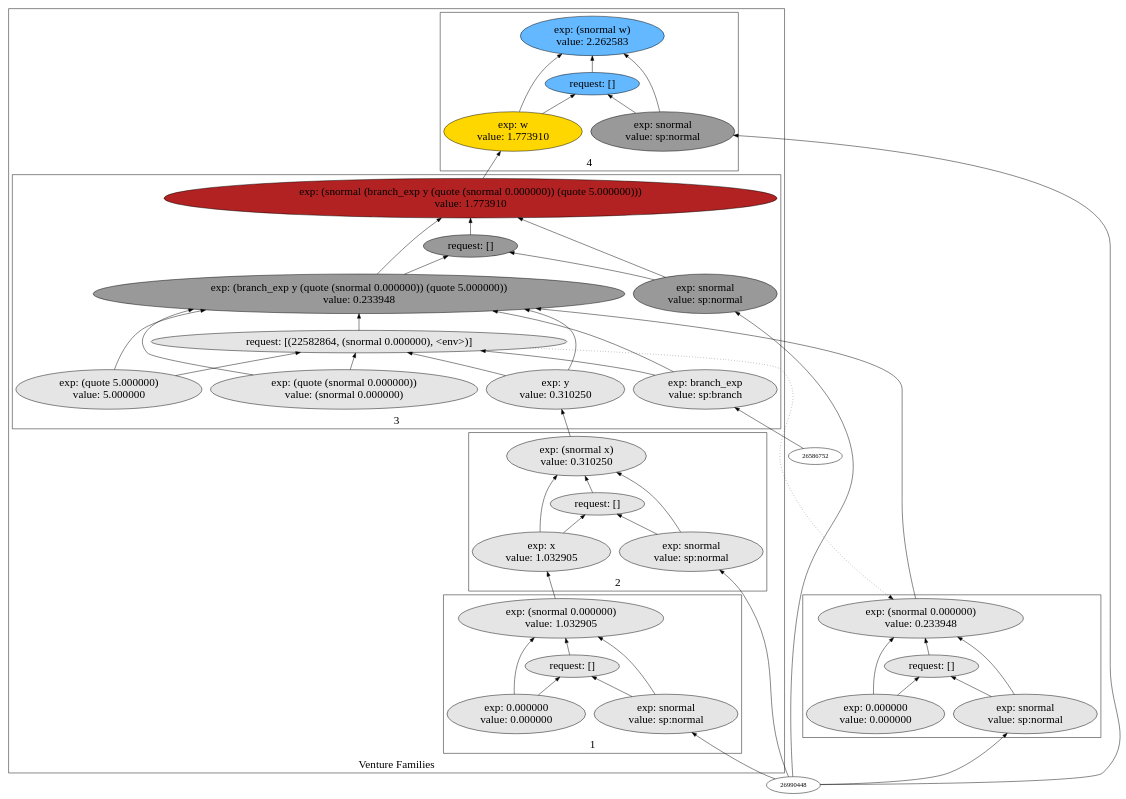
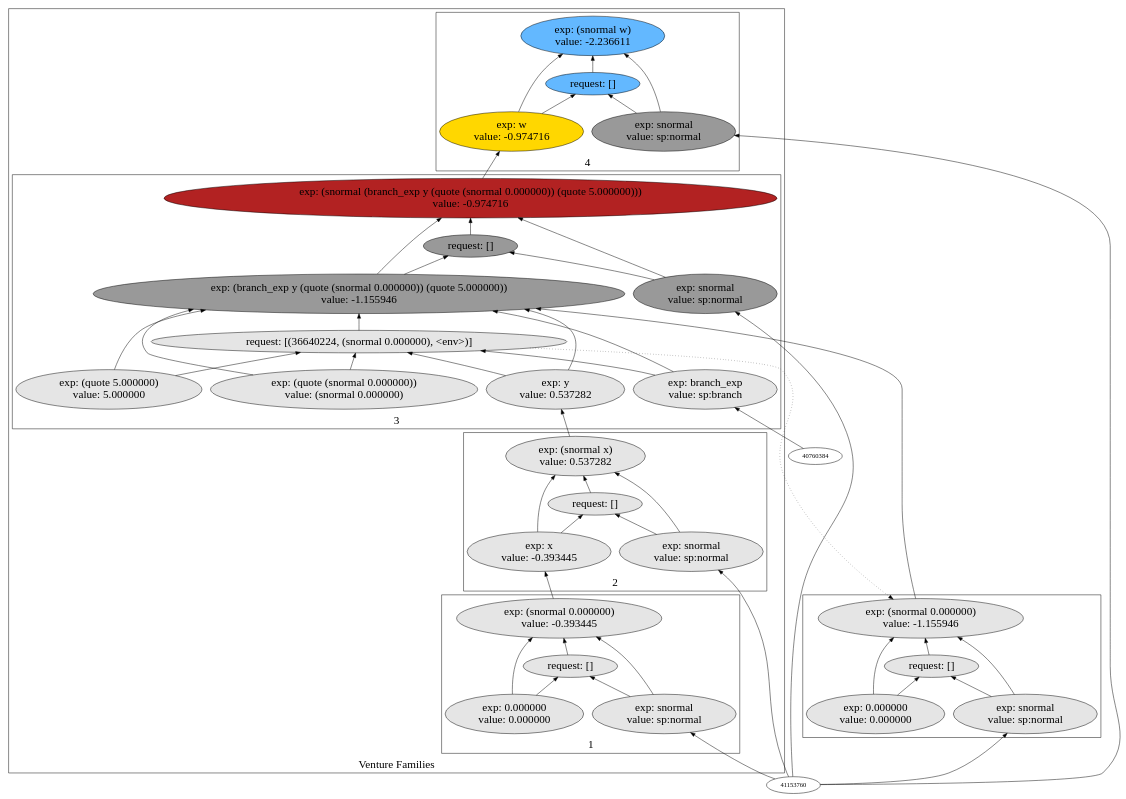
Before and after one commit to probcomp/Venturecxx: the diagram in backend/cxx/graphs/partition/dot9.dot, drawn with Graphviz. The commit also changed 326 other files, not shown here.

Commit message:
Added several draft schematics

```diff
--- a/backend/cxx/graphs/partition/dot9.dot
+++ b/backend/cxx/graphs/partition/dot9.dot
@@ -5,95 +5,95 @@
 label="Venture Families"
 subgraph cluster2 {
 label="1"
-"21616208"["fillcolor"="grey90" "fontsize"="24" "label"="exp: (snormal 0.000000)\nvalue: 1.032905" "shape"="ellipse" "style"="filled" ]
-"20391696"["fillcolor"="grey90" "fontsize"="24" "label"="request: []" "shape"="ellipse" "style"="filled" ]
-"19076864"["fillcolor"="grey90" "fontsize"="24" "label"="exp: snormal\nvalue: sp:normal" "shape"="ellipse" "style"="filled" ]
-"28719440"["fillcolor"="grey90" "fontsize"="24" "label"="exp: 0.000000\nvalue: 0.000000" "shape"="ellipse" "style"="filled" ]
+"37726128"["fillcolor"="grey90" "fontsize"="24" "label"="exp: (snormal 0.000000)\nvalue: -0.393445" "shape"="ellipse" "style"="filled" ]
+"42212608"["fillcolor"="grey90" "fontsize"="24" "label"="request: []" "shape"="ellipse" "style"="filled" ]
+"36870592"["fillcolor"="grey90" "fontsize"="24" "label"="exp: snormal\nvalue: sp:normal" "shape"="ellipse" "style"="filled" ]
+"33142112"["fillcolor"="grey90" "fontsize"="24" "label"="exp: 0.000000\nvalue: 0.000000" "shape"="ellipse" "style"="filled" ]
 }
 
 subgraph cluster3 {
 label="2"
-"23610064"["fillcolor"="grey90" "fontsize"="24" "label"="exp: (snormal x)\nvalue: 0.310250" "shape"="ellipse" "style"="filled" ]
-"24940288"["fillcolor"="grey90" "fontsize"="24" "label"="request: []" "shape"="ellipse" "style"="filled" ]
-"25014224"["fillcolor"="grey90" "fontsize"="24" "label"="exp: snormal\nvalue: sp:normal" "shape"="ellipse" "style"="filled" ]
-"24988336"["fillcolor"="grey90" "fontsize"="24" "label"="exp: x\nvalue: 1.032905" "shape"="ellipse" "style"="filled" ]
+"37254784"["fillcolor"="grey90" "fontsize"="24" "label"="exp: (snormal x)\nvalue: 0.537282" "shape"="ellipse" "style"="filled" ]
+"37154352"["fillcolor"="grey90" "fontsize"="24" "label"="request: []" "shape"="ellipse" "style"="filled" ]
+"35549456"["fillcolor"="grey90" "fontsize"="24" "label"="exp: snormal\nvalue: sp:normal" "shape"="ellipse" "style"="filled" ]
+"37179568"["fillcolor"="grey90" "fontsize"="24" "label"="exp: x\nvalue: -0.393445" "shape"="ellipse" "style"="filled" ]
 }
 
 subgraph cluster4 {
 label="3"
-"23304768"["fillcolor"="firebrick" "fontsize"="24" "label"="exp: (snormal (branch_exp y (quote (snormal 0.000000)) (quote 5.000000)))\nvalue: 1.773910" "shape"="ellipse" "style"="filled" ]
-"24625888"["fillcolor"="grey60" "fontsize"="24" "label"="request: []" "shape"="ellipse" "style"="filled" ]
-"23710592"["fillcolor"="grey60" "fontsize"="24" "label"="exp: snormal\nvalue: sp:normal" "shape"="ellipse" "style"="filled" ]
-"24939776"["fillcolor"="grey60" "fontsize"="24" "label"="exp: (branch_exp y (quote (snormal 0.000000)) (quote 5.000000))\nvalue: 0.233948" "shape"="ellipse" "style"="filled" ]
-"22582864"["fillcolor"="grey90" "fontsize"="24" "label"="request: [(22582864, (snormal 0.000000), <env>)]" "shape"="ellipse" "style"="filled" ]
-"21801008"["fillcolor"="grey90" "fontsize"="24" "label"="exp: branch_exp\nvalue: sp:branch" "shape"="ellipse" "style"="filled" ]
-"21571136"["fillcolor"="grey90" "fontsize"="24" "label"="exp: y\nvalue: 0.310250" "shape"="ellipse" "style"="filled" ]
-"22579328"["fillcolor"="grey90" "fontsize"="24" "label"="exp: (quote (snormal 0.000000))\nvalue: (snormal 0.000000)" "shape"="ellipse" "style"="filled" ]
-"22672608"["fillcolor"="grey90" "fontsize"="24" "label"="exp: (quote 5.000000)\nvalue: 5.000000" "shape"="ellipse" "style"="filled" ]
+"34848512"["fillcolor"="firebrick" "fontsize"="24" "label"="exp: (snormal (branch_exp y (quote (snormal 0.000000)) (quote 5.000000)))\nvalue: -0.974716" "shape"="ellipse" "style"="filled" ]
+"36839072"["fillcolor"="grey60" "fontsize"="24" "label"="request: []" "shape"="ellipse" "style"="filled" ]
+"36129440"["fillcolor"="grey60" "fontsize"="24" "label"="exp: snormal\nvalue: sp:normal" "shape"="ellipse" "style"="filled" ]
+"36593296"["fillcolor"="grey60" "fontsize"="24" "label"="exp: (branch_exp y (quote (snormal 0.000000)) (quote 5.000000))\nvalue: -1.155946" "shape"="ellipse" "style"="filled" ]
+"36640224"["fillcolor"="grey90" "fontsize"="24" "label"="request: [(36640224, (snormal 0.000000), <env>)]" "shape"="ellipse" "style"="filled" ]
+"34747040"["fillcolor"="grey90" "fontsize"="24" "label"="exp: branch_exp\nvalue: sp:branch" "shape"="ellipse" "style"="filled" ]
+"36243120"["fillcolor"="grey90" "fontsize"="24" "label"="exp: y\nvalue: 0.537282" "shape"="ellipse" "style"="filled" ]
+"35112672"["fillcolor"="grey90" "fontsize"="24" "label"="exp: (quote (snormal 0.000000))\nvalue: (snormal 0.000000)" "shape"="ellipse" "style"="filled" ]
+"35588656"["fillcolor"="grey90" "fontsize"="24" "label"="exp: (quote 5.000000)\nvalue: 5.000000" "shape"="ellipse" "style"="filled" ]
 }
 
 subgraph cluster5 {
 label="4"
-"26590768"["fillcolor"="steelblue1" "fontsize"="24" "label"="exp: (snormal w)\nvalue: 2.262583" "shape"="ellipse" "style"="filled" ]
-"21600256"["fillcolor"="steelblue1" "fontsize"="24" "label"="request: []" "shape"="ellipse" "style"="filled" ]
-"24603856"["fillcolor"="grey60" "fontsize"="24" "label"="exp: snormal\nvalue: sp:normal" "shape"="ellipse" "style"="filled" ]
-"21586576"["fillcolor"="gold" "fontsize"="24" "label"="exp: w\nvalue: 1.773910" "shape"="ellipse" "style"="filled" ]
+"36828112"["fillcolor"="steelblue1" "fontsize"="24" "label"="exp: (snormal w)\nvalue: -2.236611" "shape"="ellipse" "style"="filled" ]
+"41282896"["fillcolor"="steelblue1" "fontsize"="24" "label"="request: []" "shape"="ellipse" "style"="filled" ]
+"35141008"["fillcolor"="grey60" "fontsize"="24" "label"="exp: snormal\nvalue: sp:normal" "shape"="ellipse" "style"="filled" ]
+"35315600"["fillcolor"="gold" "fontsize"="24" "label"="exp: w\nvalue: -0.974716" "shape"="ellipse" "style"="filled" ]
 }
 
 }
 
 subgraph cluster6 {
 label=""
-"21574256"["fillcolor"="grey90" "fontsize"="24" "label"="exp: (snormal 0.000000)\nvalue: 0.233948" "shape"="ellipse" "style"="filled" ]
-"21608528"["fillcolor"="grey90" "fontsize"="24" "label"="request: []" "shape"="ellipse" "style"="filled" ]
-"21564608"["fillcolor"="grey90" "fontsize"="24" "label"="exp: snormal\nvalue: sp:normal" "shape"="ellipse" "style"="filled" ]
-"27074384"["fillcolor"="grey90" "fontsize"="24" "label"="exp: 0.000000\nvalue: 0.000000" "shape"="ellipse" "style"="filled" ]
+"35342768"["fillcolor"="grey90" "fontsize"="24" "label"="exp: (snormal 0.000000)\nvalue: -1.155946" "shape"="ellipse" "style"="filled" ]
+"35128112"["fillcolor"="grey90" "fontsize"="24" "label"="request: []" "shape"="ellipse" "style"="filled" ]
+"34675744"["fillcolor"="grey90" "fontsize"="24" "label"="exp: snormal\nvalue: sp:normal" "shape"="ellipse" "style"="filled" ]
+"37170512"["fillcolor"="grey90" "fontsize"="24" "label"="exp: 0.000000\nvalue: 0.000000" "shape"="ellipse" "style"="filled" ]
 }
 
-"21564608" -> "21574256"["arrowhead"="normal" "color"="black" "constraint"="true" "style"="solid" ]
-"21564608" -> "21608528"["arrowhead"="normal" "color"="black" "constraint"="true" "style"="solid" ]
-"26990448" -> "21564608"["arrowhead"="normal" "color"="black" "constraint"="true" "style"="solid" ]
-"27074384" -> "21574256"["arrowhead"="normal" "color"="black" "constraint"="true" "style"="solid" ]
-"27074384" -> "21608528"["arrowhead"="normal" "color"="black" "constraint"="true" "style"="solid" ]
-"21608528" -> "21574256"["arrowhead"="normal" "color"="black" "constraint"="true" "style"="solid" ]
-"19076864" -> "21616208"["arrowhead"="normal" "color"="black" "constraint"="true" "style"="solid" ]
-"19076864" -> "20391696"["arrowhead"="normal" "color"="black" "constraint"="true" "style"="solid" ]
-"26990448" -> "19076864"["arrowhead"="normal" "color"="black" "constraint"="true" "style"="solid" ]
-"28719440" -> "21616208"["arrowhead"="normal" "color"="black" "constraint"="true" "style"="solid" ]
-"28719440" -> "20391696"["arrowhead"="normal" "color"="black" "constraint"="true" "style"="solid" ]
-"20391696" -> "21616208"["arrowhead"="normal" "color"="black" "constraint"="true" "style"="solid" ]
-"23710592" -> "23304768"["arrowhead"="normal" "color"="black" "constraint"="true" "style"="solid" ]
-"23710592" -> "24625888"["arrowhead"="normal" "color"="black" "constraint"="true" "style"="solid" ]
-"26990448" -> "23710592"["arrowhead"="normal" "color"="black" "constraint"="true" "style"="solid" ]
-"24939776" -> "23304768"["arrowhead"="normal" "color"="black" "constraint"="true" "style"="solid" ]
-"24939776" -> "24625888"["arrowhead"="normal" "color"="black" "constraint"="true" "style"="solid" ]
-"21801008" -> "24939776"["arrowhead"="normal" "color"="black" "constraint"="true" "style"="solid" ]
-"21801008" -> "22582864"["arrowhead"="normal" "color"="black" "constraint"="true" "style"="solid" ]
-"26586752" -> "21801008"["arrowhead"="normal" "color"="black" "constraint"="true" "style"="solid" ]
-"21571136" -> "24939776"["arrowhead"="normal" "color"="black" "constraint"="true" "style"="solid" ]
-"21571136" -> "22582864"["arrowhead"="normal" "color"="black" "constraint"="true" "style"="solid" ]
-"23610064" -> "21571136"["arrowhead"="normal" "color"="black" "constraint"="true" "style"="solid" ]
-"22579328" -> "24939776"["arrowhead"="normal" "color"="black" "constraint"="true" "style"="solid" ]
-"22579328" -> "22582864"["arrowhead"="normal" "color"="black" "constraint"="true" "style"="solid" ]
-"22672608" -> "24939776"["arrowhead"="normal" "color"="black" "constraint"="true" "style"="solid" ]
-"22672608" -> "22582864"["arrowhead"="normal" "color"="black" "constraint"="true" "style"="solid" ]
-"22582864" -> "24939776"["arrowhead"="normal" "color"="black" "constraint"="true" "style"="solid" ]
-"21574256" -> "24939776"["arrowhead"="normal" "color"="black" "constraint"="true" "style"="solid" ]
-"22582864" -> "21574256"["arrowhead"="normal" "color"="black" "constraint"="false" "style"="dotted" ]
-"24625888" -> "23304768"["arrowhead"="normal" "color"="black" "constraint"="true" "style"="solid" ]
-"25014224" -> "23610064"["arrowhead"="normal" "color"="black" "constraint"="true" "style"="solid" ]
-"25014224" -> "24940288"["arrowhead"="normal" "color"="black" "constraint"="true" "style"="solid" ]
-"26990448" -> "25014224"["arrowhead"="normal" "color"="black" "constraint"="true" "style"="solid" ]
-"24988336" -> "23610064"["arrowhead"="normal" "color"="black" "constraint"="true" "style"="solid" ]
-"24988336" -> "24940288"["arrowhead"="normal" "color"="black" "constraint"="true" "style"="solid" ]
-"21616208" -> "24988336"["arrowhead"="normal" "color"="black" "constraint"="true" "style"="solid" ]
-"24940288" -> "23610064"["arrowhead"="normal" "color"="black" "constraint"="true" "style"="solid" ]
-"24603856" -> "26590768"["arrowhead"="normal" "color"="black" "constraint"="true" "style"="solid" ]
-"24603856" -> "21600256"["arrowhead"="normal" "color"="black" "constraint"="true" "style"="solid" ]
-"26990448" -> "24603856"["arrowhead"="normal" "color"="black" "constraint"="true" "style"="solid" ]
-"21586576" -> "26590768"["arrowhead"="normal" "color"="black" "constraint"="true" "style"="solid" ]
-"21586576" -> "21600256"["arrowhead"="normal" "color"="black" "constraint"="true" "style"="solid" ]
-"23304768" -> "21586576"["arrowhead"="normal" "color"="black" "constraint"="true" "style"="solid" ]
-"21600256" -> "26590768"["arrowhead"="normal" "color"="black" "constraint"="true" "style"="solid" ]
+"36129440" -> "34848512"["arrowhead"="normal" "color"="black" "constraint"="true" "style"="solid" ]
+"36129440" -> "36839072"["arrowhead"="normal" "color"="black" "constraint"="true" "style"="solid" ]
+"41153760" -> "36129440"["arrowhead"="normal" "color"="black" "constraint"="true" "style"="solid" ]
+"36593296" -> "34848512"["arrowhead"="normal" "color"="black" "constraint"="true" "style"="solid" ]
+"36593296" -> "36839072"["arrowhead"="normal" "color"="black" "constraint"="true" "style"="solid" ]
+"34747040" -> "36593296"["arrowhead"="normal" "color"="black" "constraint"="true" "style"="solid" ]
+"34747040" -> "36640224"["arrowhead"="normal" "color"="black" "constraint"="true" "style"="solid" ]
+"40760384" -> "34747040"["arrowhead"="normal" "color"="black" "constraint"="true" "style"="solid" ]
+"36243120" -> "36593296"["arrowhead"="normal" "color"="black" "constraint"="true" "style"="solid" ]
+"36243120" -> "36640224"["arrowhead"="normal" "color"="black" "constraint"="true" "style"="solid" ]
+"37254784" -> "36243120"["arrowhead"="normal" "color"="black" "constraint"="true" "style"="solid" ]
+"35112672" -> "36593296"["arrowhead"="normal" "color"="black" "constraint"="true" "style"="solid" ]
+"35112672" -> "36640224"["arrowhead"="normal" "color"="black" "constraint"="true" "style"="solid" ]
+"35588656" -> "36593296"["arrowhead"="normal" "color"="black" "constraint"="true" "style"="solid" ]
+"35588656" -> "36640224"["arrowhead"="normal" "color"="black" "constraint"="true" "style"="solid" ]
+"36640224" -> "36593296"["arrowhead"="normal" "color"="black" "constraint"="true" "style"="solid" ]
+"35342768" -> "36593296"["arrowhead"="normal" "color"="black" "constraint"="true" "style"="solid" ]
+"36640224" -> "35342768"["arrowhead"="normal" "color"="black" "constraint"="false" "style"="dotted" ]
+"36839072" -> "34848512"["arrowhead"="normal" "color"="black" "constraint"="true" "style"="solid" ]
+"34675744" -> "35342768"["arrowhead"="normal" "color"="black" "constraint"="true" "style"="solid" ]
+"34675744" -> "35128112"["arrowhead"="normal" "color"="black" "constraint"="true" "style"="solid" ]
+"41153760" -> "34675744"["arrowhead"="normal" "color"="black" "constraint"="true" "style"="solid" ]
+"37170512" -> "35342768"["arrowhead"="normal" "color"="black" "constraint"="true" "style"="solid" ]
+"37170512" -> "35128112"["arrowhead"="normal" "color"="black" "constraint"="true" "style"="solid" ]
+"35128112" -> "35342768"["arrowhead"="normal" "color"="black" "constraint"="true" "style"="solid" ]
+"35141008" -> "36828112"["arrowhead"="normal" "color"="black" "constraint"="true" "style"="solid" ]
+"35141008" -> "41282896"["arrowhead"="normal" "color"="black" "constraint"="true" "style"="solid" ]
+"41153760" -> "35141008"["arrowhead"="normal" "color"="black" "constraint"="true" "style"="solid" ]
+"35315600" -> "36828112"["arrowhead"="normal" "color"="black" "constraint"="true" "style"="solid" ]
+"35315600" -> "41282896"["arrowhead"="normal" "color"="black" "constraint"="true" "style"="solid" ]
+"34848512" -> "35315600"["arrowhead"="normal" "color"="black" "constraint"="true" "style"="solid" ]
+"41282896" -> "36828112"["arrowhead"="normal" "color"="black" "constraint"="true" "style"="solid" ]
+"35549456" -> "37254784"["arrowhead"="normal" "color"="black" "constraint"="true" "style"="solid" ]
+"35549456" -> "37154352"["arrowhead"="normal" "color"="black" "constraint"="true" "style"="solid" ]
+"41153760" -> "35549456"["arrowhead"="normal" "color"="black" "constraint"="true" "style"="solid" ]
+"37179568" -> "37254784"["arrowhead"="normal" "color"="black" "constraint"="true" "style"="solid" ]
+"37179568" -> "37154352"["arrowhead"="normal" "color"="black" "constraint"="true" "style"="solid" ]
+"37726128" -> "37179568"["arrowhead"="normal" "color"="black" "constraint"="true" "style"="solid" ]
+"37154352" -> "37254784"["arrowhead"="normal" "color"="black" "constraint"="true" "style"="solid" ]
+"36870592" -> "37726128"["arrowhead"="normal" "color"="black" "constraint"="true" "style"="solid" ]
+"36870592" -> "42212608"["arrowhead"="normal" "color"="black" "constraint"="true" "style"="solid" ]
+"41153760" -> "36870592"["arrowhead"="normal" "color"="black" "constraint"="true" "style"="solid" ]
+"33142112" -> "37726128"["arrowhead"="normal" "color"="black" "constraint"="true" "style"="solid" ]
+"33142112" -> "42212608"["arrowhead"="normal" "color"="black" "constraint"="true" "style"="solid" ]
+"42212608" -> "37726128"["arrowhead"="normal" "color"="black" "constraint"="true" "style"="solid" ]
 
 }
```
